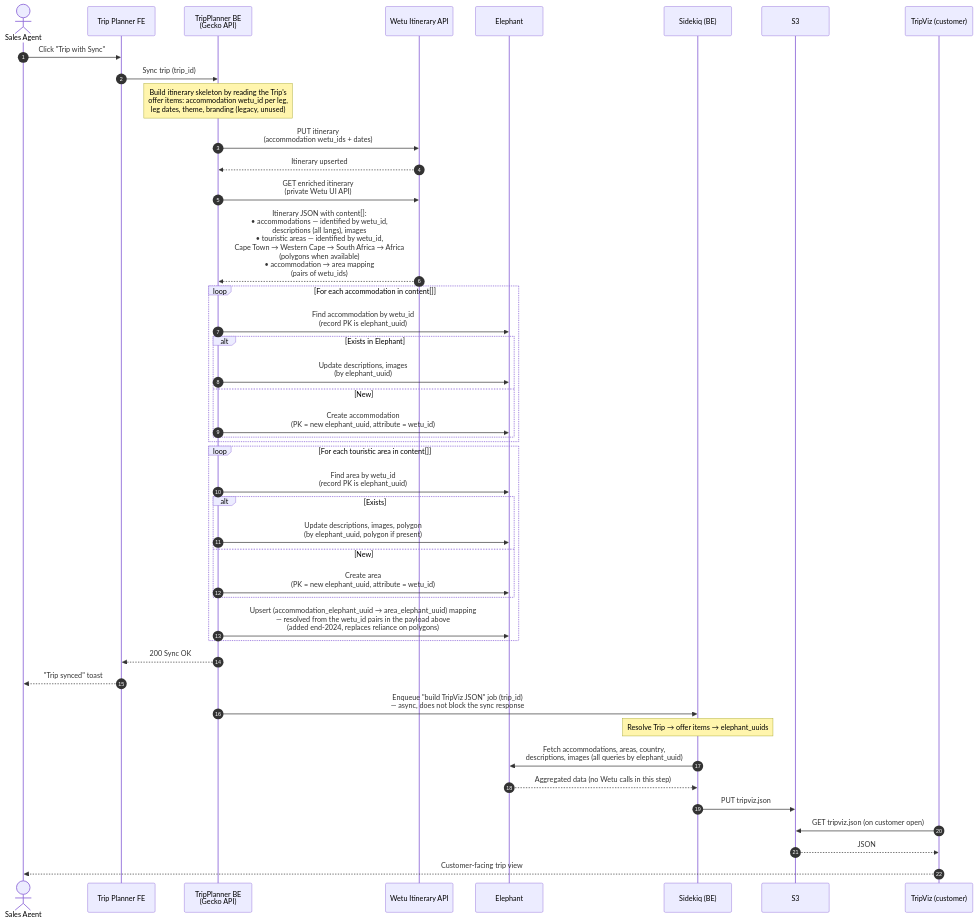
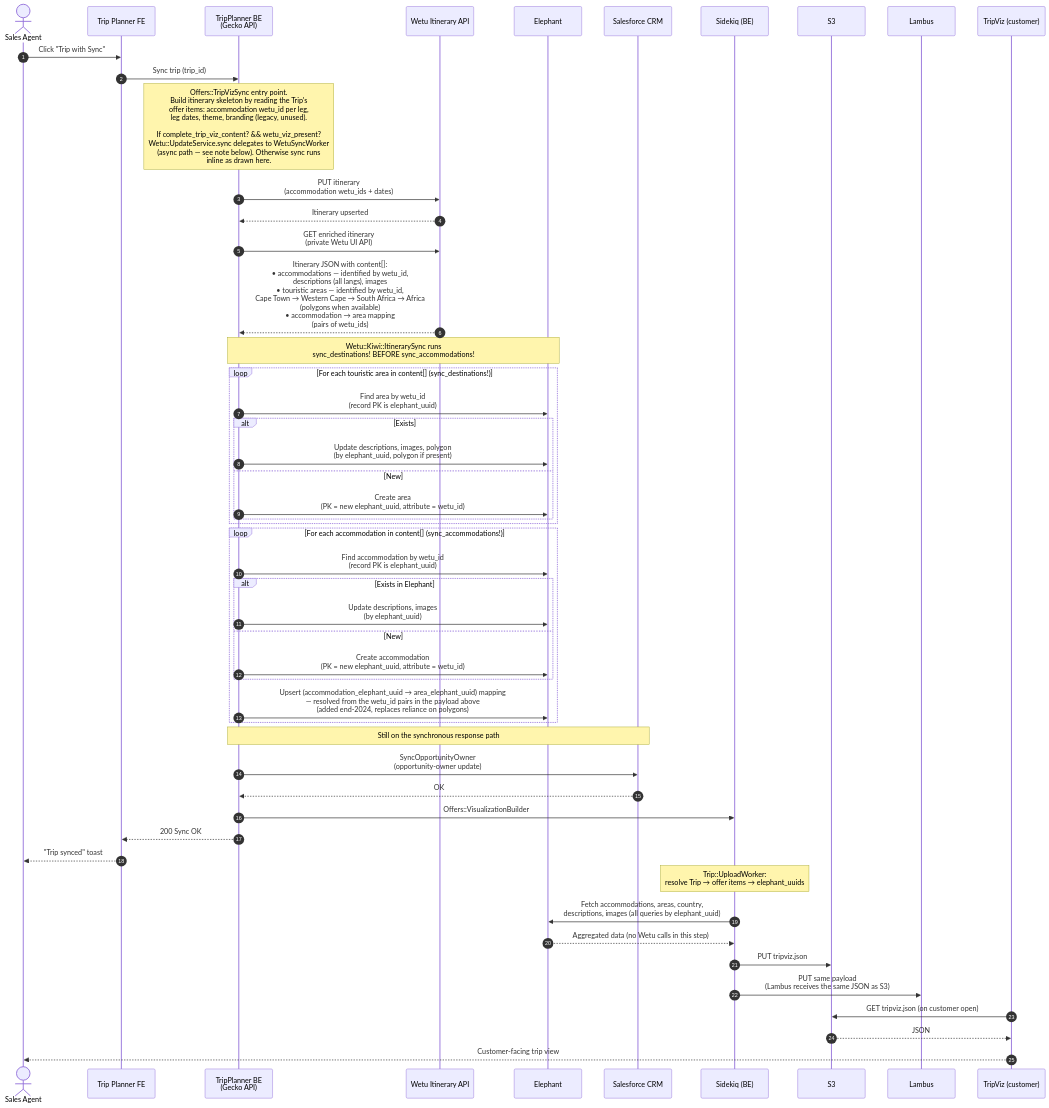
Before and after one commit to kliuchnikau-tourlane/ClaudeCowork: the third of 5 diagrams in OUTPUTS/2026-04-24_TripPlannerWetu-sequence-diagrams/TripPlannerWetu_Documentation.md, drawn with Mermaid. The commit also changed other lines of this file and 5 other files, not shown here.

First line of the commit message:
Apply Diagram 2 corrections from code review

````diff
--- a/OUTPUTS/2026-04-24_TripPlannerWetu-sequence-diagrams/TripPlannerWetu_Documentation.md
+++ b/OUTPUTS/2026-04-24_TripPlannerWetu-sequence-diagrams/TripPlannerWetu_Documentation.md
@@ -96,54 +100,62 @@
 ```mermaid
 sequenceDiagram
     autonumber
     actor Agent as Sales Agent
     participant TP as Trip Planner FE
     participant BE as TripPlanner BE<br/>(Gecko API)
     participant Wetu as Wetu Itinerary API
     participant Eleph as Elephant
+    participant SF as Salesforce CRM
     participant SK as Sidekiq (BE)
     participant S3 as S3
+    participant Lambus as Lambus
     participant TripViz as TripViz (customer)
 
     Agent->>TP: Click "Trip with Sync"
     TP->>BE: Sync trip (trip_id)
-    Note over BE: Build itinerary skeleton by reading the Trip's<br/>offer items: accommodation wetu_id per leg,<br/>leg dates, theme, branding (legacy, unused)
+    Note over BE: Offers::TripVizSync entry point.<br/>Build itinerary skeleton by reading the Trip's<br/>offer items: accommodation wetu_id per leg,<br/>leg dates, theme, branding (legacy, unused).<br/><br/>If complete_trip_viz_content? && wetu_viz_present?<br/>Wetu::UpdateService.sync delegates to WetuSyncWorker<br/>(async path — see note below). Otherwise sync runs<br/>inline as drawn here.
 
     BE->>Wetu: PUT itinerary<br/>(accommodation wetu_ids + dates)
     Wetu-->>BE: Itinerary upserted
     BE->>Wetu: GET enriched itinerary<br/>(private Wetu UI API)
     Wetu-->>BE: Itinerary JSON with content[]:<br/>• accommodations — identified by wetu_id,<br/>  descriptions (all langs), images<br/>• touristic areas — identified by wetu_id,<br/>  Cape Town → Western Cape → South Africa → Africa<br/>  (polygons when available)<br/>• accommodation → area mapping<br/>  (pairs of wetu_ids)
 
-    loop For each accommodation in content[]
+    Note over BE,Eleph: Wetu::Kiwi::ItinerarySync runs<br/>sync_destinations! BEFORE sync_accommodations!
+
+    loop For each touristic area in content[] (sync_destinations!)
+        BE->>Eleph: Find area by wetu_id<br/>(record PK is elephant_uuid)
+        alt Exists
+            BE->>Eleph: Update descriptions, images, polygon<br/>(by elephant_uuid, polygon if present)
+        else New
+            BE->>Eleph: Create area<br/>(PK = new elephant_uuid, attribute = wetu_id)
+        end
+    end
+
+    loop For each accommodation in content[] (sync_accommodations!)
         BE->>Eleph: Find accommodation by wetu_id<br/>(record PK is elephant_uuid)
         alt Exists in Elephant
             BE->>Eleph: Update descriptions, images<br/>(by elephant_uuid)
         else New
             BE->>Eleph: Create accommodation<br/>(PK = new elephant_uuid, attribute = wetu_id)
         end
-    end
-
-    loop For each touristic area in content[]
-        BE->>Eleph: Find area by wetu_id<br/>(record PK is elephant_uuid)
-        alt Exists
-            BE->>Eleph: Update descriptions, images, polygon<br/>(by elephant_uuid, polygon if present)
-        else New
-            BE->>Eleph: Create area<br/>(PK = new elephant_uuid, attribute = wetu_id)
-        end
         BE->>Eleph: Upsert (accommodation_elephant_uuid → area_elephant_uuid) mapping<br/>— resolved from the wetu_id pairs in the payload above<br/>(added end-2024, replaces reliance on polygons)
     end
 
+    Note over BE,SF: Still on the synchronous response path
+    BE->>SF: SyncOpportunityOwner<br/>(opportunity-owner update)
+    SF-->>BE: OK
+
+    BE->>SK: Offers::VisualizationBuilder#persist_trip_to_s3_and_lambus<br/>enqueues Trip::UploadWorker (trip_id)<br/>— async, does not block the response
     BE-->>TP: 200 Sync OK
     TP-->>Agent: "Trip synced" toast
 
-    BE->>SK: Enqueue "build TripViz JSON" job (trip_id)<br/>— async, does not block the sync response
-
-    Note over SK: Resolve Trip → offer items → elephant_uuids
+    Note over SK: Trip::UploadWorker:<br/>resolve Trip → offer items → elephant_uuids
     SK->>Eleph: Fetch accommodations, areas, country,<br/>descriptions, images (all queries by elephant_uuid)
     Eleph-->>SK: Aggregated data (no Wetu calls in this step)
     SK->>S3: PUT tripviz.json
+    SK->>Lambus: PUT same payload<br/>(Lambus receives the same JSON as S3)
 
     TripViz->>S3: GET tripviz.json (on customer open)
     S3-->>TripViz: JSON
     TripViz-->>Agent: Customer-facing trip view
 ```
````
